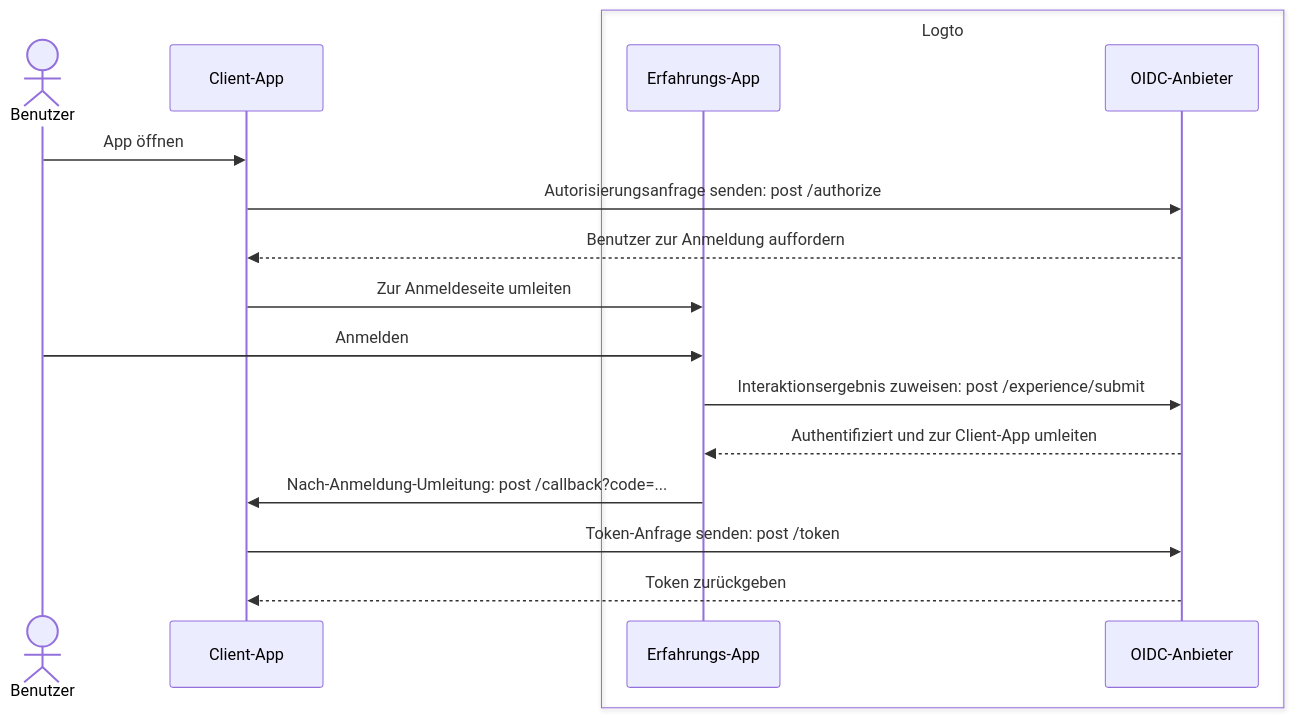
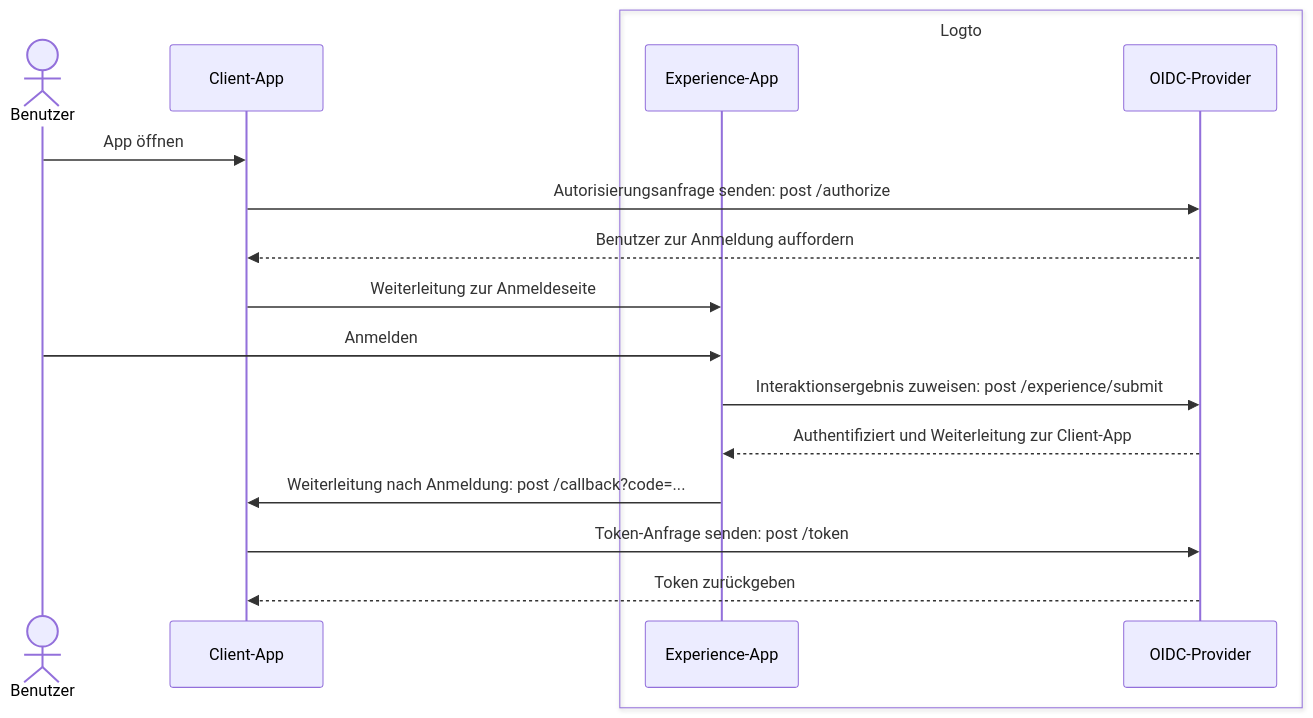
The first of 2 diagrams in i18n/de/docusaurus-plugin-content-docs/current/end-user-flows/sign-up-and-sign-in/README.mdx (logto-io/docs), drawn with Mermaid before and after one commit. The commit also changed other lines of this file and 53 other files, not shown here.

````diff
--- a/i18n/de/docusaurus-plugin-content-docs/current/end-user-flows/sign-up-and-sign-in/README.mdx
+++ b/i18n/de/docusaurus-plugin-content-docs/current/end-user-flows/sign-up-and-sign-in/README.mdx
@@ -15,21 +15,21 @@
 ```mermaid
 sequenceDiagram
   actor user as Benutzer
   participant client as Client-App
 
   box Logto
-    participant experience as Erfahrungs-App
-    participant oidc as OIDC-Anbieter
+    participant experience as Experience-App
+    participant oidc as OIDC-Provider
   end
 
   user ->> client: App öffnen
   client ->> oidc: Autorisierungsanfrage senden: post /authorize
   oidc -->> client: Benutzer zur Anmeldung auffordern
-  client ->> experience: Zur Anmeldeseite umleiten
+  client ->> experience: Weiterleitung zur Anmeldeseite
   user ->> experience: Anmelden
   experience ->> oidc: Interaktionsergebnis zuweisen: post /experience/submit
-  oidc -->> experience: Authentifiziert und zur Client-App umleiten
-  experience ->> client: Nach-Anmeldung-Umleitung: post /callback?code=...
+  oidc -->> experience: Authentifiziert und Weiterleitung zur Client-App
+  experience ->> client: Weiterleitung nach Anmeldung: post /callback?code=...
   client ->> oidc: Token-Anfrage senden: post /token
   oidc -->> client: Token zurückgeben
 ```
````
